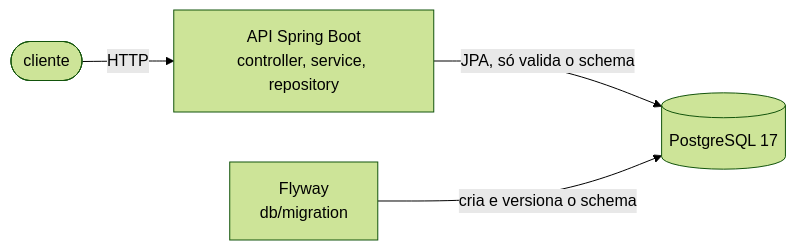
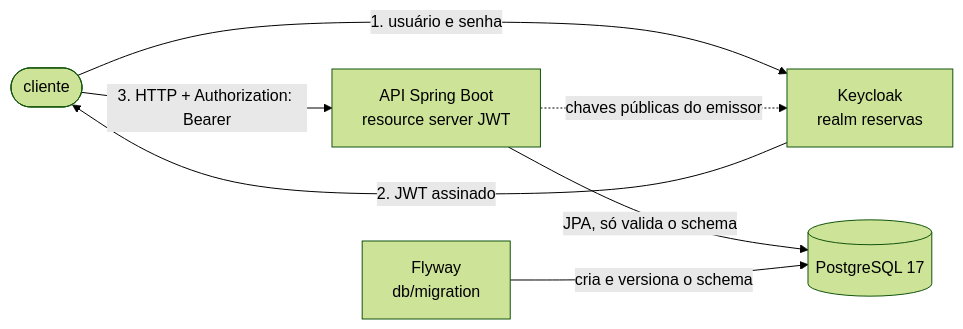
One commit to heldemfilipe/room-booking-api changed the first of 2 diagrams in README.md. Above: the diagram before and after it, drawn with Mermaid (forest theme). The commit also changed other lines of this file, not shown here.

````diff
--- a/README.md
+++ b/README.md
@@ -27,6 +27,9 @@
 ```mermaid
 flowchart LR
-  cli([cliente]) -- "HTTP" --> api[API Spring Boot<br/>controller, service, repository]
+  cli([cliente]) -- "1. usuário e senha" --> kc[Keycloak<br/>realm reservas]
+  kc -- "2. JWT assinado" --> cli
+  cli -- "3. HTTP + Authorization: Bearer" --> api[API Spring Boot<br/>resource server JWT]
+  api -. "chaves públicas do emissor" .-> kc
   api -- "JPA, só valida o schema" --> pg[(PostgreSQL 17)]
   fw[Flyway<br/>db/migration] -- "cria e versiona o schema" --> pg
 ```
````
